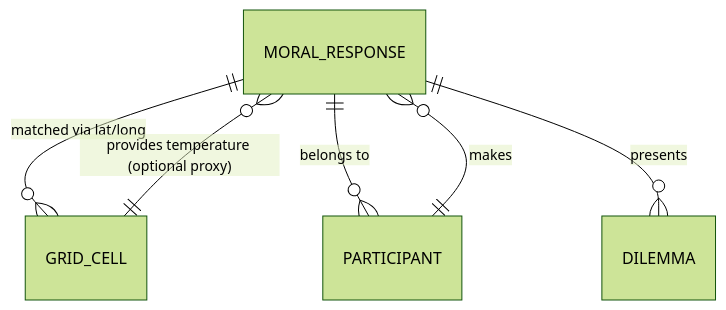
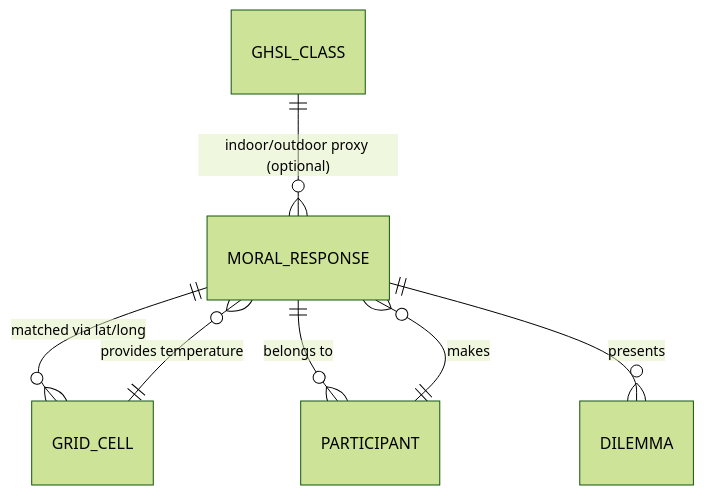
The diagram in projects/PROJ-743-ambient-temperature-influence-on-moral-d/specs/001-ambient-temperature-influence-on-moral-d/data-model.md (ContextLab/llmXive), drawn with Mermaid (forest theme) before and after one commit. The commit also changed other lines of this file and 18 other files, not shown here.

Commit message:
advance(PROJ-743-ambient-temperature-influence-on-moral-d): checkpoint tick 2

````diff
--- a/projects/PROJ-743-ambient-temperature-influence-on-moral-d/specs/001-ambient-temperature-influence-on-moral-d/data-model.md
+++ b/projects/PROJ-743-ambient-temperature-influence-on-moral-d/specs/001-ambient-temperature-influence-on-moral-d/data-model.md
@@ -5,8 +5,9 @@
 ```mermaid
 erDiagram
     MORAL_RESPONSE ||--o{ GRID_CELL : "matched via lat/long"
     MORAL_RESPONSE ||--o{ PARTICIPANT : "belongs to"
     MORAL_RESPONSE ||--o{ DILEMMA : "presents"
     PARTICIPANT ||--o{ MORAL_RESPONSE : "makes"
-    GRID_CELL ||--o{ MORAL_RESPONSE : "provides temperature (optional proxy)"
+    GRID_CELL ||--o{ MORAL_RESPONSE : "provides temperature"
+    GHSL_CLASS ||--o{ MORAL_RESPONSE : "indoor/outdoor proxy (optional)"
 ```
````
